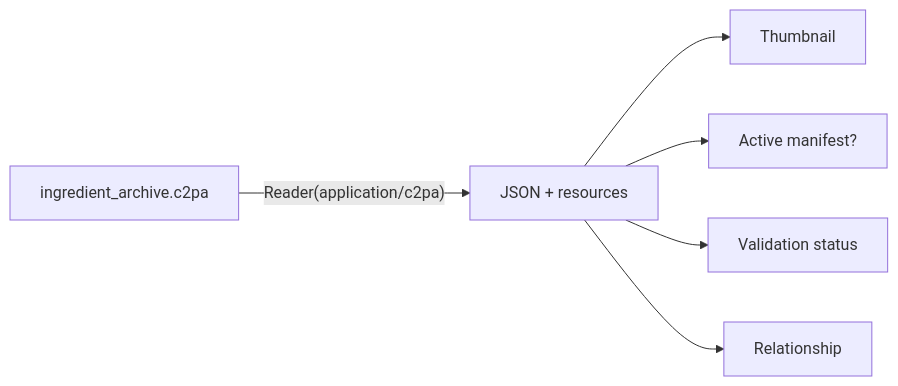
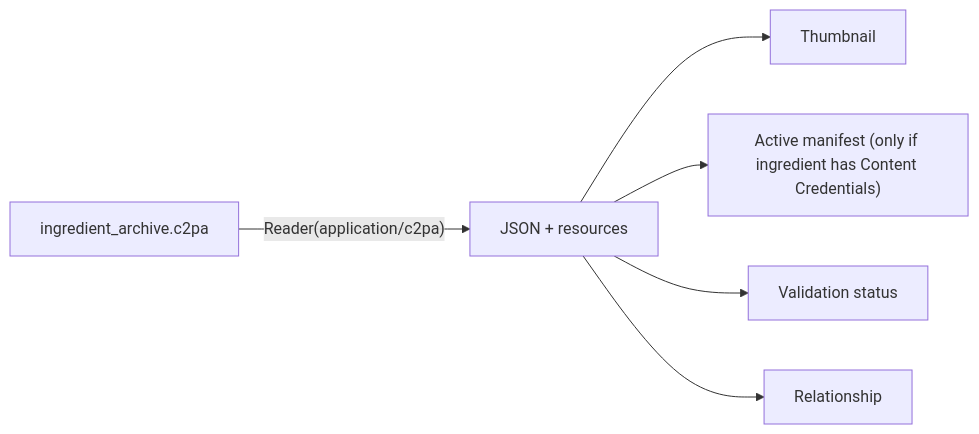
One commit to contentauth/c2pa-python changed the fifth of 5 diagrams in docs/selective-manifests.md. Above: the diagram before and after it, drawn with Mermaid. The commit also changed other lines of this file and 1 other file, not shown here.

````diff
--- a/docs/selective-manifests.md
+++ b/docs/selective-manifests.md
@@ -777,8 +777,8 @@
 ```mermaid
 flowchart LR
     IA["ingredient_archive.c2pa"] -->|"Reader(application/c2pa)"| JSON["JSON + resources"]
     JSON --> TH["Thumbnail"]
-    JSON --> AM["Active manifest?"]
+    JSON --> AM["Active manifest (only if ingredient has Content Credentials)"]
     JSON --> VS["Validation status"]
     JSON --> REL["Relationship"]
 ```
````
